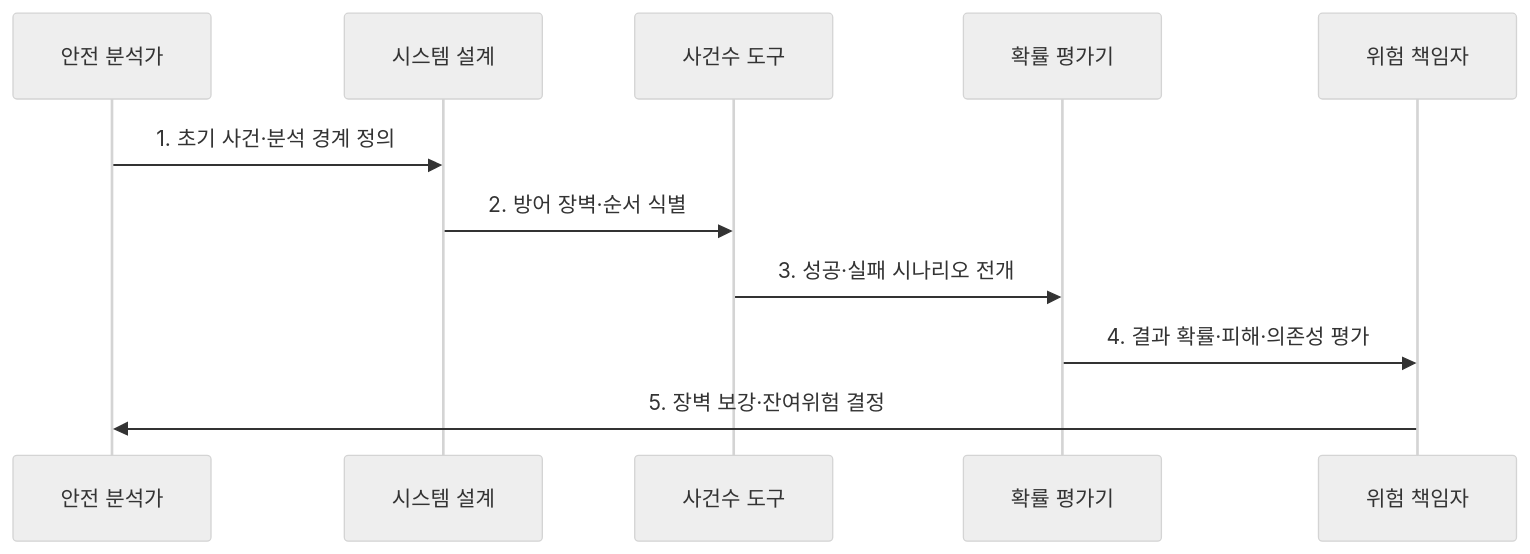
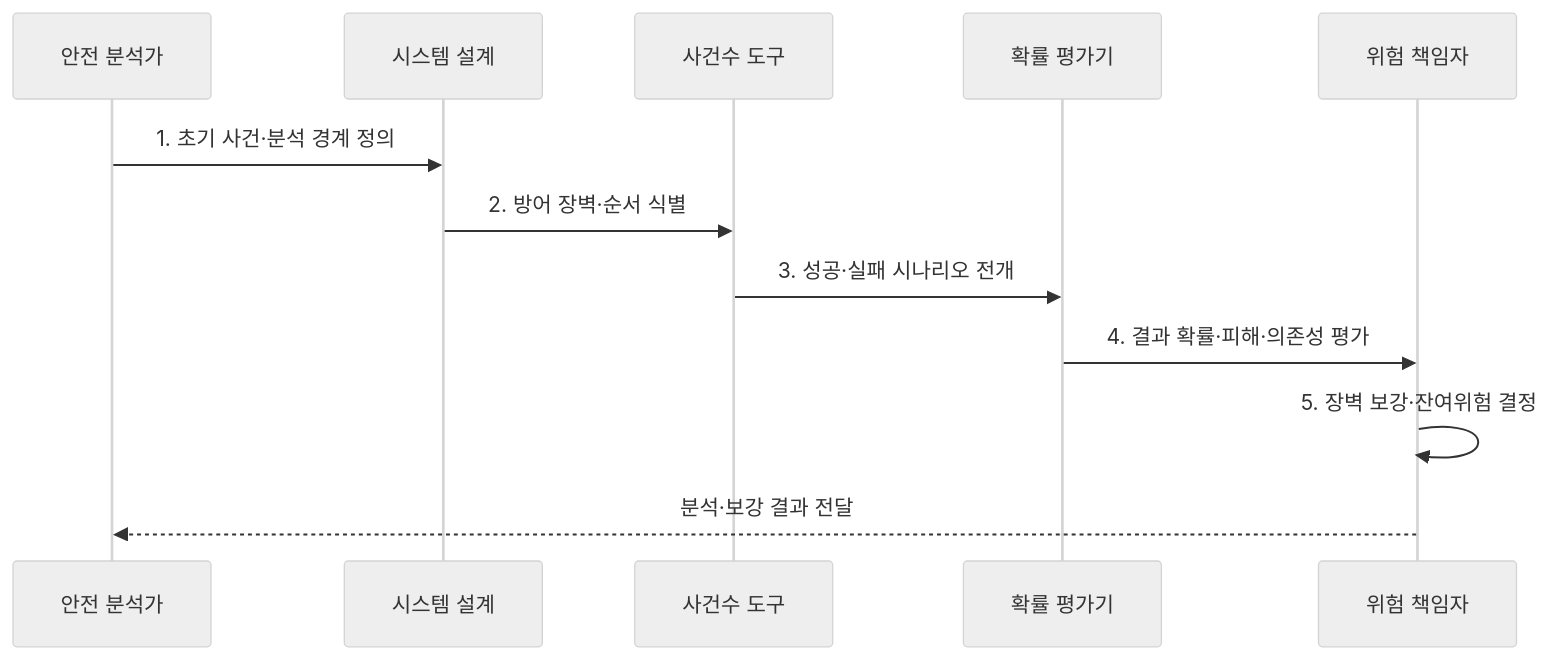
Before and after one commit to agnusdei1207/knowledge-base: the second of 2 diagrams in src/content/docs/notes/06-evaluation/027_event_tree_analysis.md, drawn with Mermaid (neutral theme). The commit also changed other lines of this file and 20 other files, not shown here.

````diff
--- a/src/content/docs/notes/06-evaluation/027_event_tree_analysis.md
+++ b/src/content/docs/notes/06-evaluation/027_event_tree_analysis.md
@@ -84,13 +84,14 @@
 ```mermaid
 sequenceDiagram
   participant A as 안전 분석가
   participant S as 시스템 설계
   participant E as 사건수 도구
   participant Q as 확률 평가기
   participant O as 위험 책임자
   A->>S: 1. 초기 사건·분석 경계 정의
   S->>E: 2. 방어 장벽·순서 식별
   E->>Q: 3. 성공·실패 시나리오 전개
   Q->>O: 4. 결과 확률·피해·의존성 평가
-  O->>A: 5. 장벽 보강·잔여위험 결정
+  O->>O: 5. 장벽 보강·잔여위험 결정
+  O-->>A: 분석·보강 결과 전달
 ```
````
